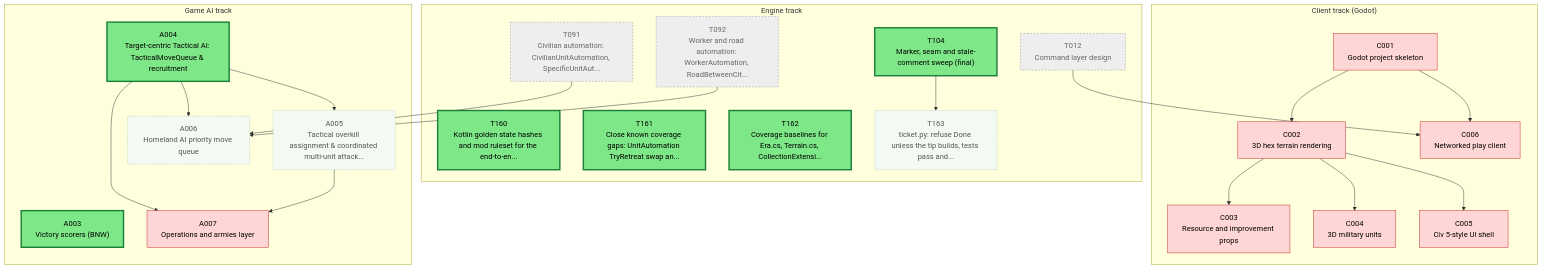
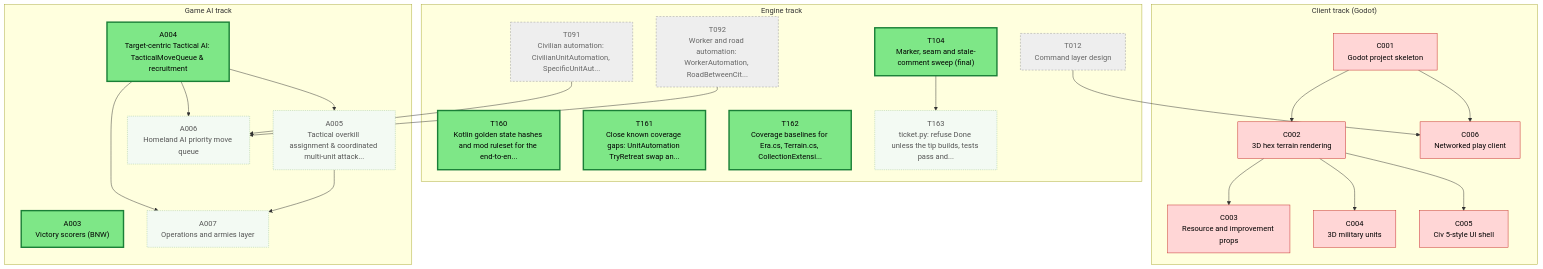
One commit to Kenmura/Unciv changed the first of 2 diagrams in csharp/migration/DEPENDENCY_MAP.md. Above: the diagram before and after it, drawn with Mermaid. The commit also changed other lines of this file and 1 other file, not shown here.

Commit message:
migration: A007 -> Available

````diff
--- a/csharp/migration/DEPENDENCY_MAP.md
+++ b/csharp/migration/DEPENDENCY_MAP.md
@@ -15,67 +15,67 @@
 ```mermaid
 flowchart TD
   subgraph TTRACK["Engine track"]
     T012["T012<br/>Command layer design"]
     T091["T091<br/>Civilian automation: CivilianUnitAutomation, SpecificUnitAut..."]
     T092["T092<br/>Worker and road automation: WorkerAutomation, RoadBetweenCit..."]
     T104["T104<br/>Marker, seam and stale-comment sweep (final)"]
     T160["T160<br/>Kotlin golden state hashes and mod ruleset for the end-to-en..."]
     T161["T161<br/>Close known coverage gaps: UnitAutomation TryRetreat swap an..."]
     T162["T162<br/>Coverage baselines for Era.cs, Terrain.cs, CollectionExtensi..."]
     T163["T163<br/>ticket.py: refuse Done unless the tip builds, tests pass and..."]
   end
   subgraph CTRACK["Client track (Godot)"]
     C001["C001<br/>Godot project skeleton"]
     C002["C002<br/>3D hex terrain rendering"]
     C003["C003<br/>Resource and improvement props"]
     C004["C004<br/>3D military units"]
     C005["C005<br/>Civ 5-style UI shell"]
     C006["C006<br/>Networked play client"]
   end
   subgraph ATRACK["Game AI track"]
     A003["A003<br/>Victory scorers (BNW)"]
     A004["A004<br/>Target-centric Tactical AI: TacticalMoveQueue & recruitment"]
     A005["A005<br/>Tactical overkill assignment & coordinated multi-unit attack..."]
     A006["A006<br/>Homeland AI priority move queue"]
     A007["A007<br/>Operations and armies layer"]
   end
   T104 --> T163
   C001 --> C002
   C002 --> C003
   C002 --> C004
   C002 --> C005
   T012 --> C006
   C001 --> C006
   A004 --> A005
   A004 --> A006
   T091 --> A006
   T092 --> A006
   A004 --> A007
   A005 --> A007
   classDef waiting fill:#f3faf3,stroke:#9bc49b,color:#555,stroke-dasharray:2 2
   classDef ondeck fill:#ffe8cc,stroke:#e8590c,stroke-width:3px,color:#000
   classDef ready fill:#7ee787,stroke:#1a7f37,stroke-width:3px,color:#000
   classDef prog fill:#fff3b0,stroke:#b58900,color:#000
   classDef review fill:#cfe4ff,stroke:#1f6feb,color:#000
   classDef blocked fill:#ffd6d6,stroke:#c62828,color:#000
   classDef done fill:#eeeeee,stroke:#999999,color:#666,stroke-dasharray:4 3
   class A003 ready
   class A004 ready
   class A005 waiting
   class A006 waiting
-  class A007 blocked
+  class A007 waiting
   class C001 blocked
   class C002 blocked
   class C003 blocked
   class C004 blocked
   class C005 blocked
   class C006 blocked
   class T012 done
   class T091 done
   class T092 done
   class T104 ready
   class T160 ready
   class T161 ready
   class T162 ready
   class T163 waiting
 ```
````
